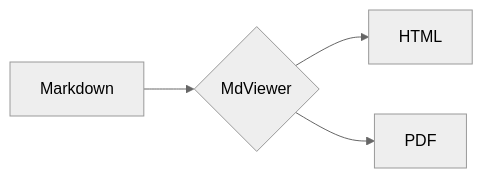
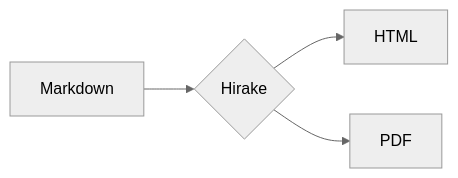
The diagram in testdata/feature-test.md (soramaru777/hirake-markdown), drawn with Mermaid (neutral theme) before and after one commit. The commit also changed other lines of this file and 50 other files, not shown here.

First line of the commit message:
アプリ名を MdViewer から Hirake に変更

````diff
--- a/testdata/feature-test.md
+++ b/testdata/feature-test.md
@@ -34,6 +34,6 @@
 ```mermaid
 flowchart LR
-    A[Markdown] --> B{MdViewer}
+    A[Markdown] --> B{Hirake}
     B --> C[HTML]
     B --> D[PDF]
 ```
````
